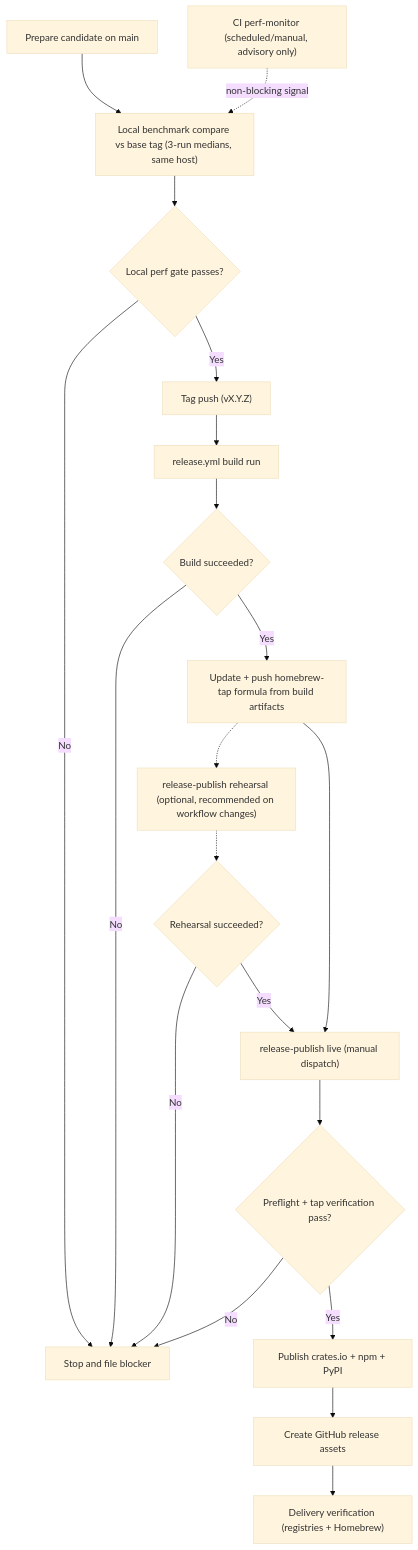
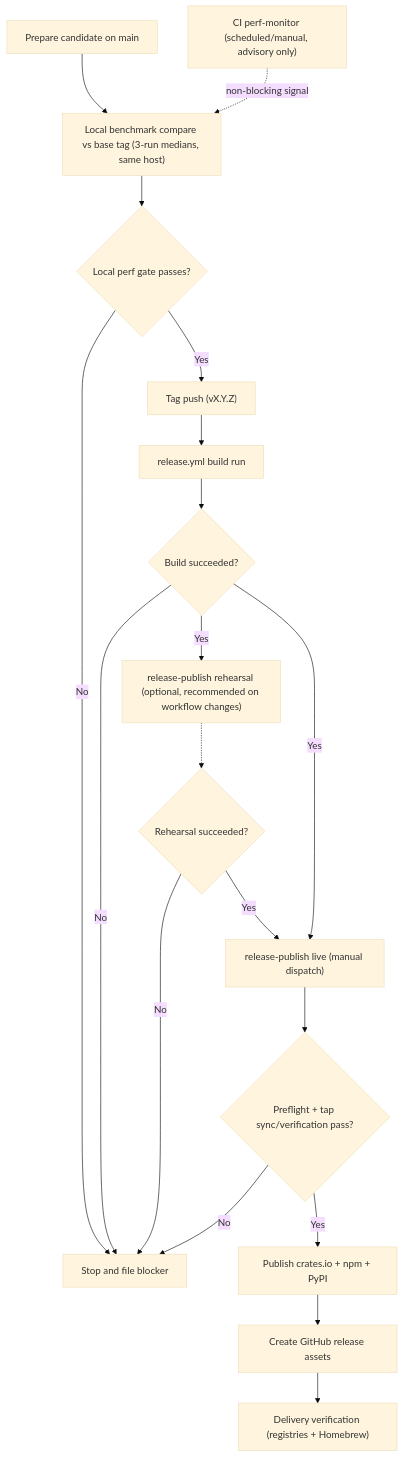
Before and after one commit to sandover/plasmite: the diagram in docs/record/releasing.md, drawn with Mermaid (base theme). The commit also changed other lines of this file and 4 other files, not shown here.

First line of the commit message:
feat(release): simplify publish dispatch and tap sync

````diff
--- a/docs/record/releasing.md
+++ b/docs/record/releasing.md
@@ -129,22 +129,21 @@
 ```mermaid
 flowchart TD
     A["Prepare candidate on main"] --> A1["Local benchmark compare vs base tag (3-run medians, same host)"]
     A1 --> A2{"Local perf gate passes?"}
     A2 -- "No" --> X["Stop and file blocker"]
     A2 -- "Yes" --> B["Tag push (vX.Y.Z)"]
     B --> C["release.yml build run"]
     C --> D{"Build succeeded?"}
     D -- "No" --> X
-    D -- "Yes" --> E["Update + push homebrew-tap formula from build artifacts"]
-    E -.-> F["release-publish rehearsal (optional, recommended on workflow changes)"]
-    F -.-> G{"Rehearsal succeeded?"}
-    G -- "No" --> X
-    E --> H["release-publish live (manual dispatch)"]
-    G -- "Yes" --> H
-    H --> I{"Preflight + tap verification pass?"}
-    I -- "No" --> X
-    I -- "Yes" --> J["Publish crates.io + npm + PyPI"]
-    J --> K["Create GitHub release assets"]
-    K --> L["Delivery verification (registries + Homebrew)"]
-    M["CI perf-monitor (scheduled/manual, advisory only)"] -. "non-blocking signal" .-> A1
+    D -- "Yes" --> E["release-publish rehearsal (optional, recommended on workflow changes)"]
+    E -.-> F{"Rehearsal succeeded?"}
+    F -- "No" --> X
+    F -- "Yes" --> G["release-publish live (manual dispatch)"]
+    D -- "Yes" --> G
+    G --> H{"Preflight + tap sync/verification pass?"}
+    H -- "No" --> X
+    H -- "Yes" --> I["Publish crates.io + npm + PyPI"]
+    I --> J["Create GitHub release assets"]
+    J --> K["Delivery verification (registries + Homebrew)"]
+    L["CI perf-monitor (scheduled/manual, advisory only)"] -. "non-blocking signal" .-> A1
 ```
````
